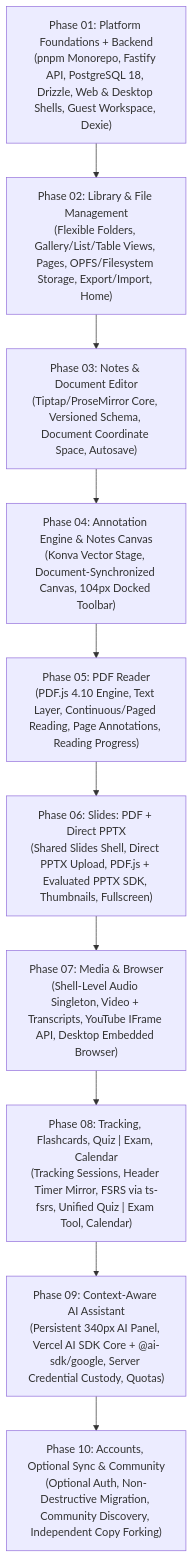
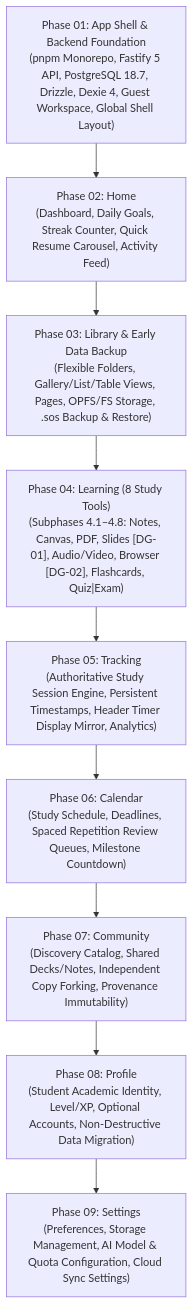
One commit to 3bdallahusin/sos-v3 changed the first of 2 diagrams in IMPLEMENTATION_PLAN.md. Above: the diagram before and after it, drawn with Mermaid. The commit also changed other lines of this file and 5 other files, not shown here.

Commit message:
docs: finalize documentation audit corrections and roadmap

````diff
--- a/IMPLEMENTATION_PLAN.md
+++ b/IMPLEMENTATION_PLAN.md
@@ -17,23 +16,21 @@
 ```mermaid
 flowchart TD
-    P01["Phase 01: Platform Foundations + Backend\n(pnpm Monorepo, Fastify API, PostgreSQL 18, Drizzle, Web & Desktop Shells, Guest Workspace, Dexie)"]
-    P02["Phase 02: Library & File Management\n(Flexible Folders, Gallery/List/Table Views, Pages, OPFS/Filesystem Storage, Export/Import, Home)"]
-    P03["Phase 03: Notes & Document Editor\n(Tiptap/ProseMirror Core, Versioned Schema, Document Coordinate Space, Autosave)"]
-    P04["Phase 04: Annotation Engine & Notes Canvas\n(Konva Vector Stage, Document-Synchronized Canvas, 104px Docked Toolbar)"]
-    P05["Phase 05: PDF Reader\n(PDF.js 4.10 Engine, Text Layer, Continuous/Paged Reading, Page Annotations, Reading Progress)"]
-    P06["Phase 06: Slides: PDF + Direct PPTX\n(Shared Slides Shell, Direct PPTX Upload, PDF.js + Evaluated PPTX SDK, Thumbnails, Fullscreen)"]
-    P07["Phase 07: Media & Browser\n(Shell-Level Audio Singleton, Video + Transcripts, YouTube IFrame API, Desktop Embedded Browser)"]
-    P08["Phase 08: Tracking, Flashcards, Quiz | Exam, Calendar\n(Tracking Sessions, Header Timer Mirror, FSRS via ts-fsrs, Unified Quiz | Exam Tool, Calendar)"]
-    P09["Phase 09: Context-Aware AI Assistant\n(Persistent 340px AI Panel, Vercel AI SDK Core + @ai-sdk/google, Server Credential Custody, Quotas)"]
-    P10["Phase 10: Accounts, Optional Sync & Community\n(Optional Auth, Non-Destructive Migration, Community Discovery, Independent Copy Forking)"]
+    P01["Phase 01: App Shell & Backend Foundation\n(pnpm Monorepo, Fastify 5 API, PostgreSQL 18.7, Drizzle, Dexie 4, Guest Workspace, Global Shell Layout)"]
+    P02["Phase 02: Home\n(Dashboard, Daily Goals, Streak Counter, Quick Resume Carousel, Activity Feed)"]
+    P03["Phase 03: Library & Early Data Backup\n(Flexible Folders, Gallery/List/Table Views, Pages, OPFS/FS Storage, .sos Backup & Restore)"]
+    P04["Phase 04: Learning (8 Study Tools)\n(Subphases 4.1–4.8: Notes, Canvas, PDF, Slides [DG-01], Audio/Video, Browser [DG-02], Flashcards, Quiz|Exam)"]
+    P05["Phase 05: Tracking\n(Authoritative Study Session Engine, Persistent Timestamps, Header Timer Display Mirror, Analytics)"]
+    P06["Phase 06: Calendar\n(Study Schedule, Deadlines, Spaced Repetition Review Queues, Milestone Countdown)"]
+    P07["Phase 07: Community\n(Discovery Catalog, Shared Decks/Notes, Independent Copy Forking, Provenance Immutability)"]
+    P08["Phase 08: Profile\n(Student Academic Identity, Level/XP, Optional Accounts, Non-Destructive Data Migration)"]
+    P09["Phase 09: Settings\n(Preferences, Storage Management, AI Model & Quota Configuration, Cloud Sync Settings)"]
 
     P01 --> P02
     P02 --> P03
     P03 --> P04
     P04 --> P05
     P05 --> P06
     P06 --> P07
     P07 --> P08
     P08 --> P09
-    P09 --> P10
 ```
````
